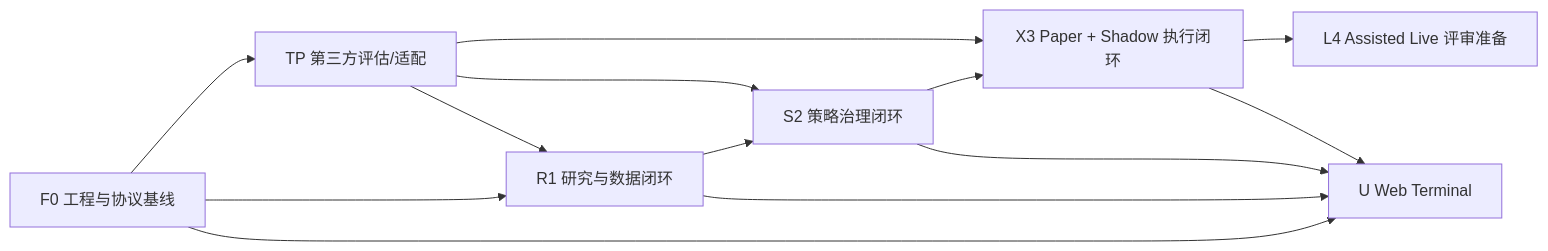
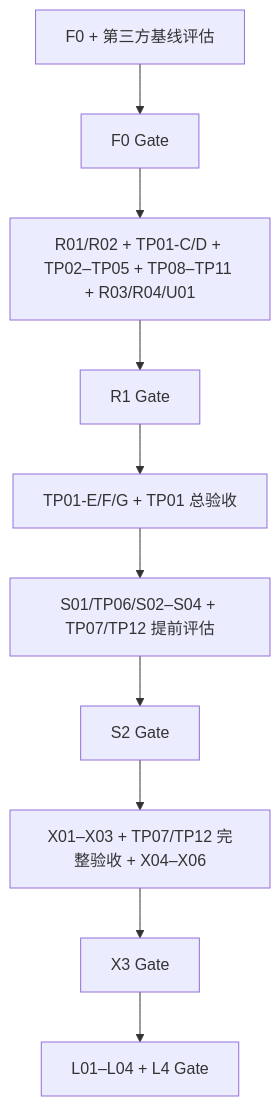
One commit to SumAlphaAI/QuantOS changed the diagram in docs/SumAlpha-QuantOS-Development-Plan.md. Above: the diagram before and after it, drawn with Mermaid. The commit also changed other lines of this file, not shown here.

````diff
--- a/docs/SumAlpha-QuantOS-Development-Plan.md
+++ b/docs/SumAlpha-QuantOS-Development-Plan.md
@@ -131,15 +186,12 @@
 ```mermaid
-flowchart LR
-  F["F0 工程与协议基线"] --> R["R1 研究与数据闭环"]
-  R --> S["S2 策略治理闭环"]
-  S --> X["X3 Paper + Shadow 执行闭环"]
-  X --> L["L4 Assisted Live 评审准备"]
-  F --> U["U Web Terminal"]
-  R --> U
-  S --> U
-  X --> U
-  F --> TP["TP 第三方评估/适配"]
-  TP --> R
-  TP --> S
-  TP --> X
+flowchart TD
+  F["F0 + 第三方基线评估"] --> FG["F0 Gate"]
+  FG --> R["R01/R02 + TP01-C/D + TP02–TP05 + TP08–TP11 + R03/R04/U01"]
+  R --> RG["R1 Gate"]
+  RG --> V["TP01-E/F/G + TP01 总验收"]
+  V --> S["S01/TP06/S02–S04 + TP07/TP12 提前评估"]
+  S --> SG["S2 Gate"]
+  SG --> X["X01–X03 + TP07/TP12 完整验收 + X04–X06"]
+  X --> XG["X3 Gate"]
+  XG --> L["L01–L04 + L4 Gate"]
 ```
````
